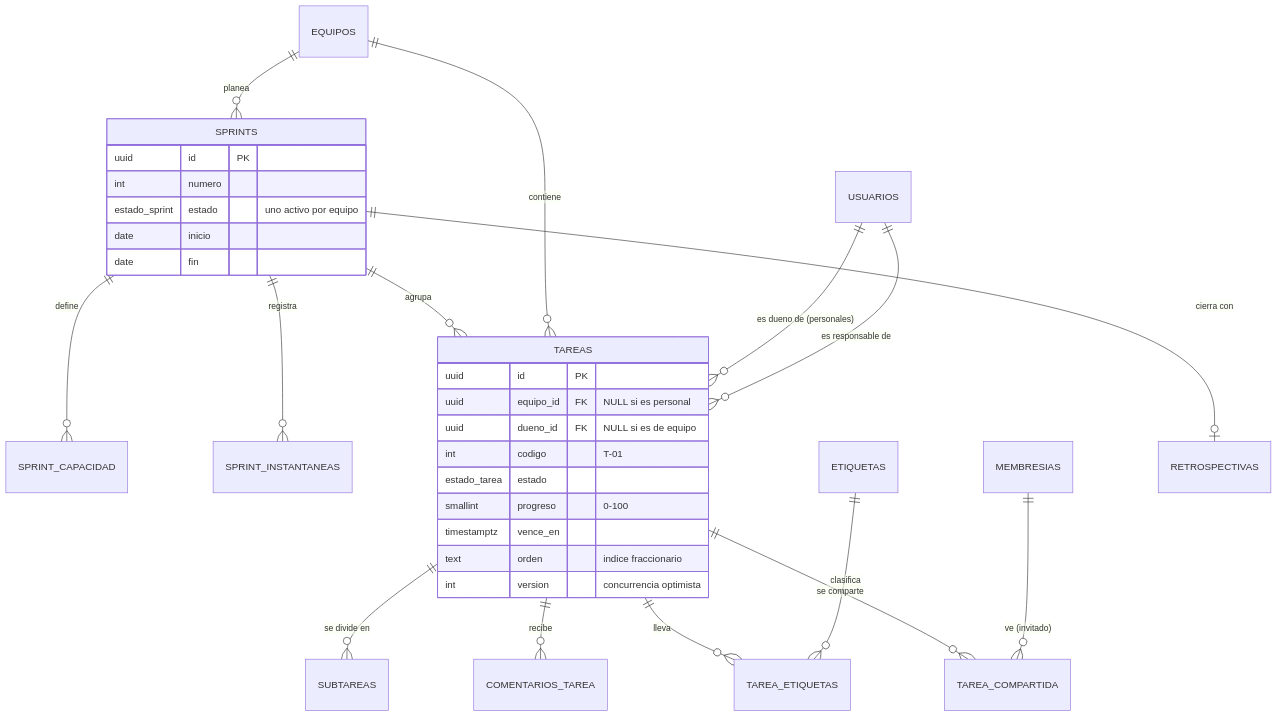
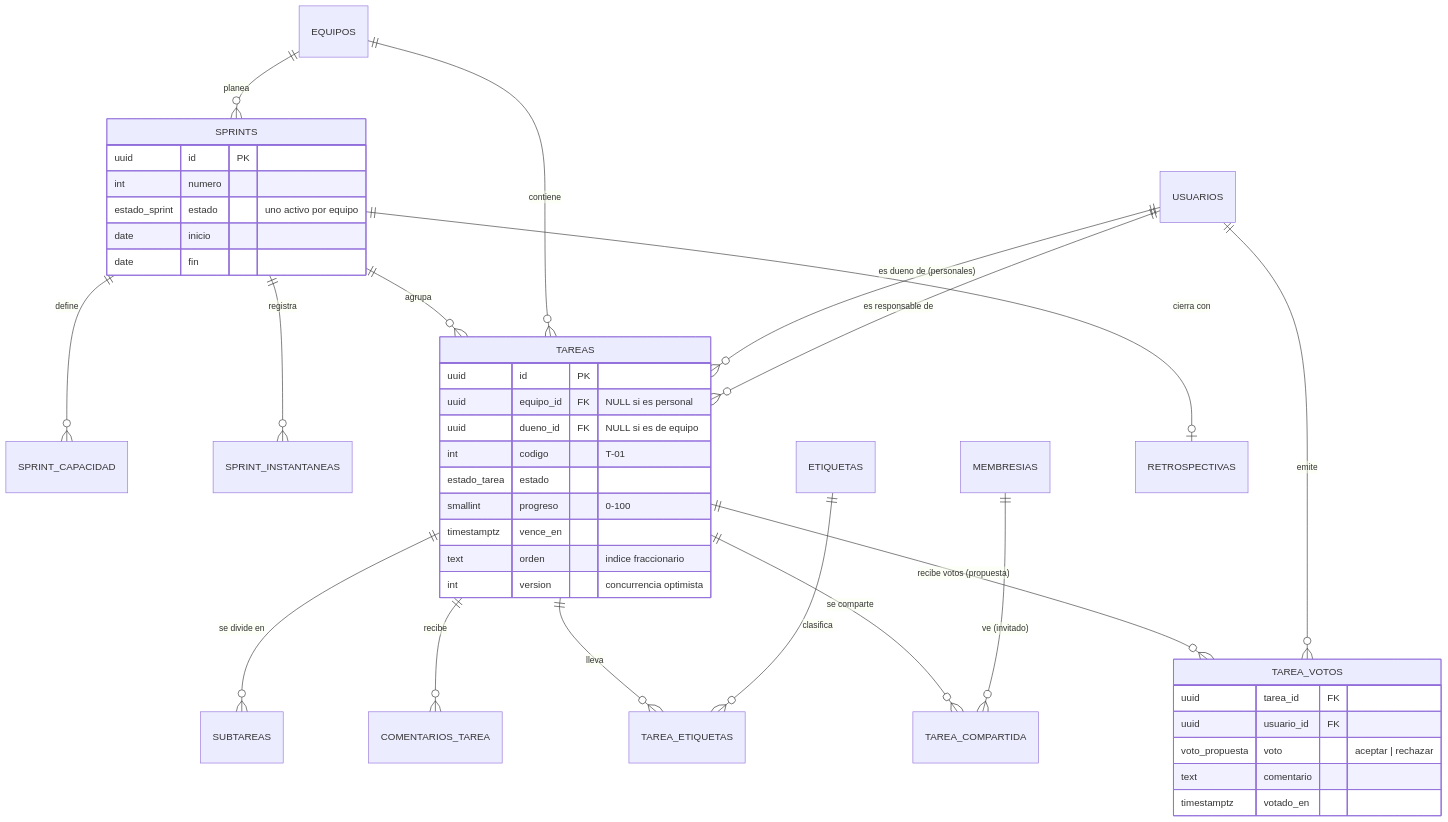
The second of 5 diagrams in docs/02_Base_de_Datos.md (Luis-hip/Nexo), drawn with Mermaid before and after one commit. The commit also changed other lines of this file and 12 other files, not shown here.

````diff
--- a/docs/02_Base_de_Datos.md
+++ b/docs/02_Base_de_Datos.md
@@ -213,35 +213,44 @@
 ```mermaid
 erDiagram
   EQUIPOS ||--o{ SPRINTS : "planea"
   SPRINTS ||--o{ SPRINT_CAPACIDAD : "define"
   SPRINTS ||--o{ SPRINT_INSTANTANEAS : "registra"
   SPRINTS ||--o{ TAREAS : "agrupa"
   EQUIPOS ||--o{ TAREAS : "contiene"
   USUARIOS ||--o{ TAREAS : "es dueno de (personales)"
   USUARIOS ||--o{ TAREAS : "es responsable de"
   TAREAS ||--o{ SUBTAREAS : "se divide en"
   TAREAS ||--o{ COMENTARIOS_TAREA : "recibe"
   TAREAS ||--o{ TAREA_ETIQUETAS : "lleva"
   ETIQUETAS ||--o{ TAREA_ETIQUETAS : "clasifica"
   TAREAS ||--o{ TAREA_COMPARTIDA : "se comparte"
+  TAREAS ||--o{ TAREA_VOTOS : "recibe votos (propuesta)"
+  USUARIOS ||--o{ TAREA_VOTOS : "emite"
   MEMBRESIAS ||--o{ TAREA_COMPARTIDA : "ve (invitado)"
   SPRINTS ||--o| RETROSPECTIVAS : "cierra con"
   TAREAS {
     uuid id PK
     uuid equipo_id FK "NULL si es personal"
     uuid dueno_id FK "NULL si es de equipo"
     int codigo "T-01"
     estado_tarea estado
     smallint progreso "0-100"
     timestamptz vence_en
     text orden "indice fraccionario"
     int version "concurrencia optimista"
   }
+  TAREA_VOTOS {
+    uuid tarea_id FK
+    uuid usuario_id FK
+    voto_propuesta voto "aceptar | rechazar"
+    text comentario
+    timestamptz votado_en
+  }
   SPRINTS {
     uuid id PK
     int numero
     estado_sprint estado "uno activo por equipo"
     date inicio
     date fin
   }
 ```
````
